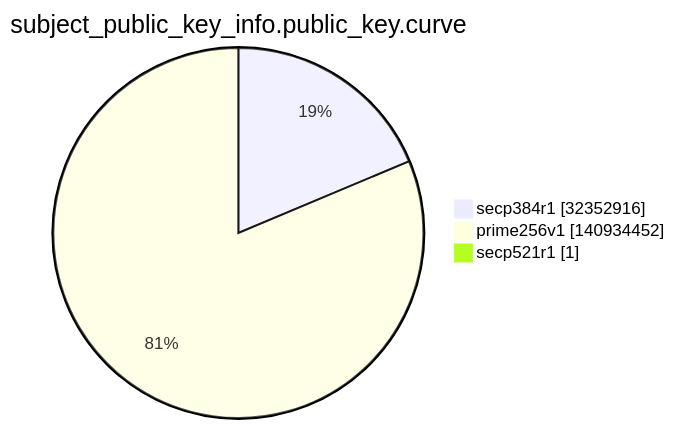
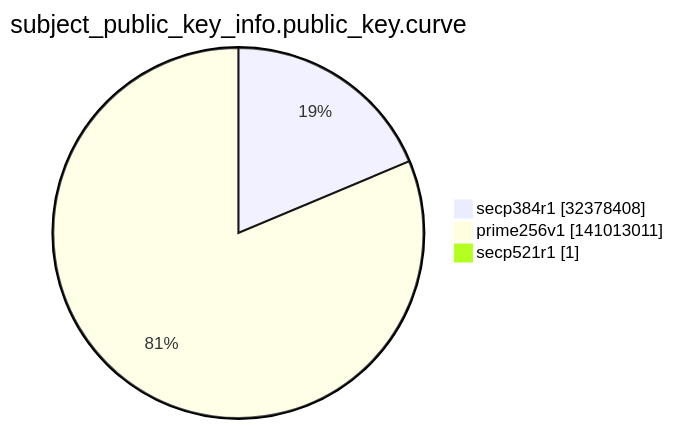
The ninth of 15 diagrams in argon2022/README.md (christiankrug/ctmonitor_visualization), drawn with Mermaid before and after one commit. The commit also changed other lines of this file, not shown here.

````diff
--- a/argon2022/README.md
+++ b/argon2022/README.md
@@ -2763,7 +2763,7 @@
 ```mermaid
 pie showData
 title subject_public_key_info.public_key.curve
-"secp384r1" :32352916
-"prime256v1" :140934452
+"secp384r1" :32378408
+"prime256v1" :141013011
 "secp521r1" :1
 ```
````
